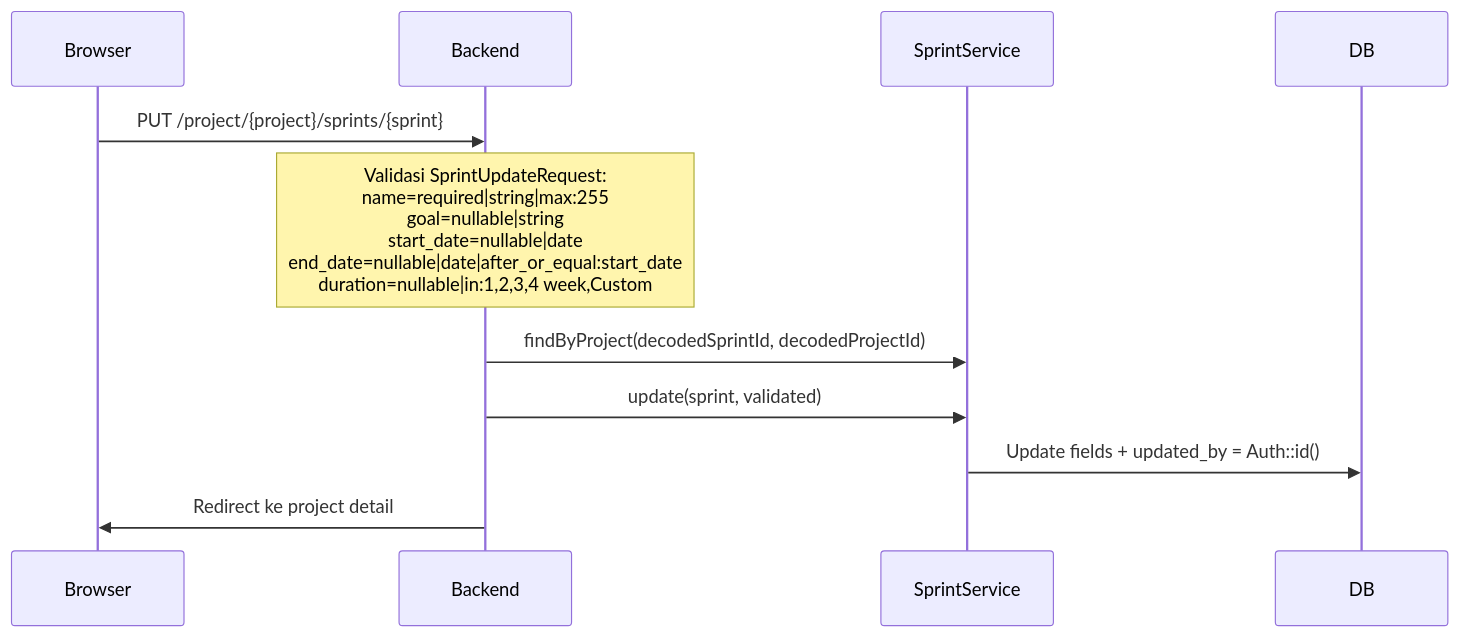
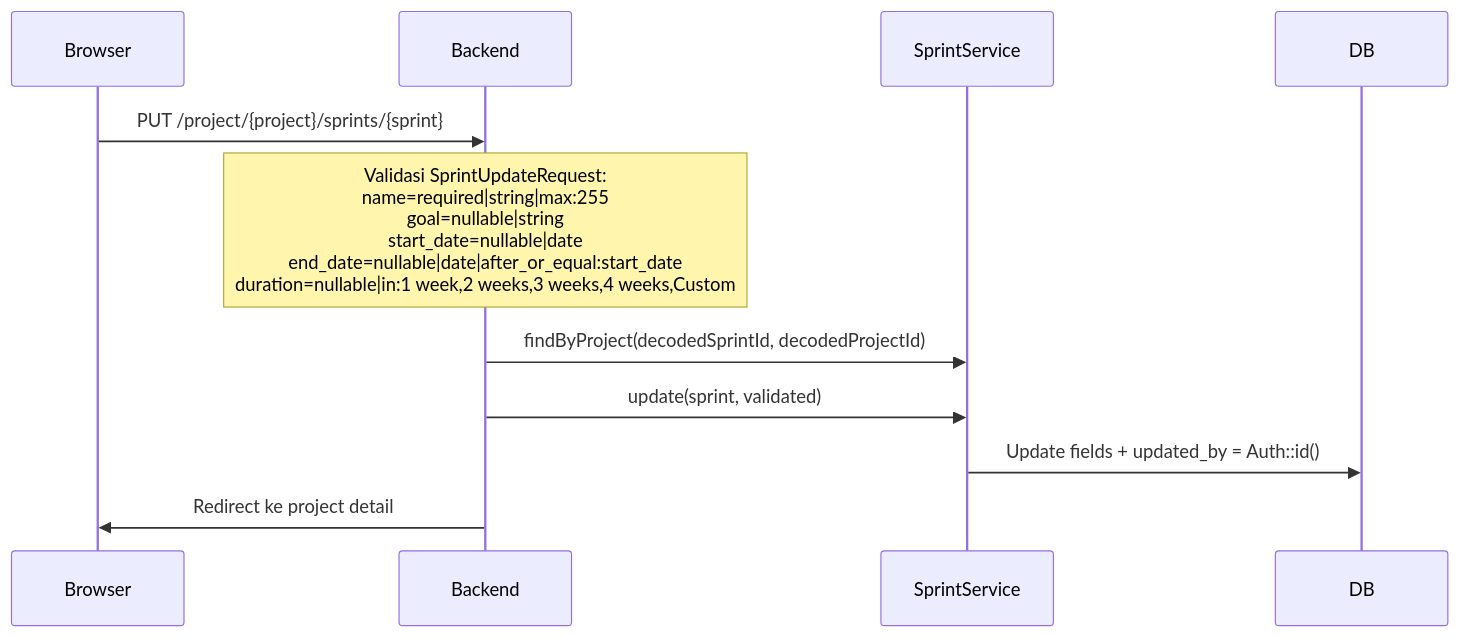
Before and after one commit to priamitra273/laptoplain: the second of 7 diagrams in docs/sprint/management.md, drawn with Mermaid. The commit also changed other lines of this file and 14 other files, not shown here.

````diff
--- a/docs/sprint/management.md
+++ b/docs/sprint/management.md
@@ -27,10 +27,10 @@
 ```mermaid
 sequenceDiagram
     Browser->>Backend: PUT /project/{project}/sprints/{sprint}
-    Note over Backend: Validasi SprintUpdateRequest:<br/>name=required|string|max:255<br/>goal=nullable|string<br/>start_date=nullable|date<br/>end_date=nullable|date|after_or_equal:start_date<br/>duration=nullable|in:1,2,3,4 week,Custom
+    Note over Backend: Validasi SprintUpdateRequest:<br/>name=required|string|max:255<br/>goal=nullable|string<br/>start_date=nullable|date<br/>end_date=nullable|date|after_or_equal:start_date<br/>duration=nullable|in:1 week,2 weeks,3 weeks,4 weeks,Custom
 
     Backend->>SprintService: findByProject(decodedSprintId, decodedProjectId)
     Backend->>SprintService: update(sprint, validated)
     SprintService->>DB: Update fields + updated_by = Auth::id()
     Backend->>Browser: Redirect ke project detail
 ```
````
